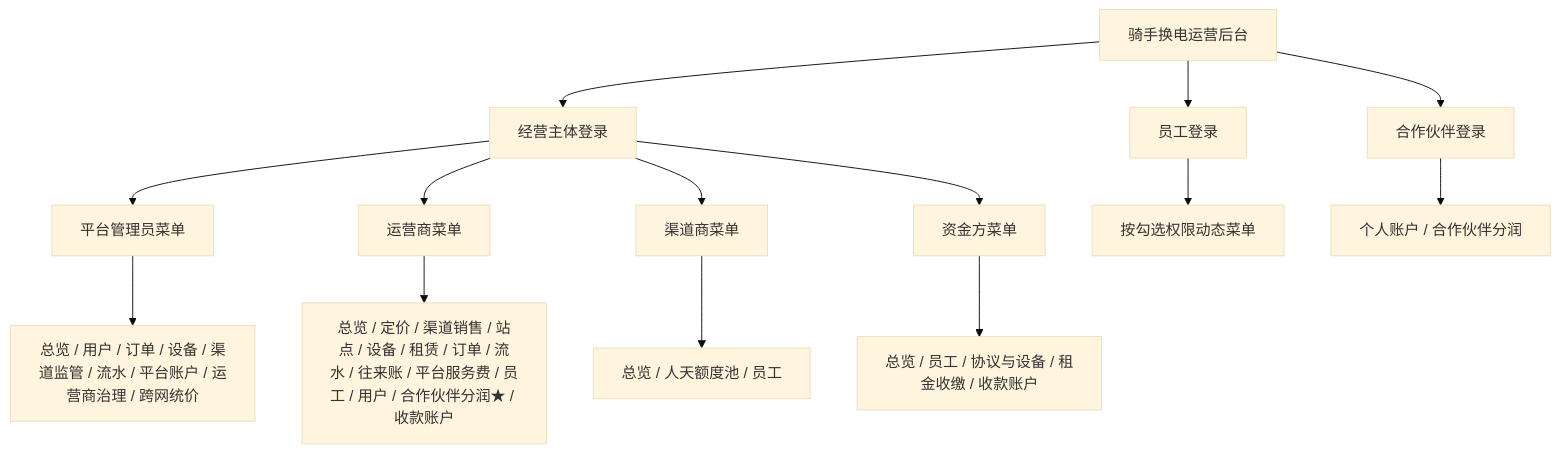
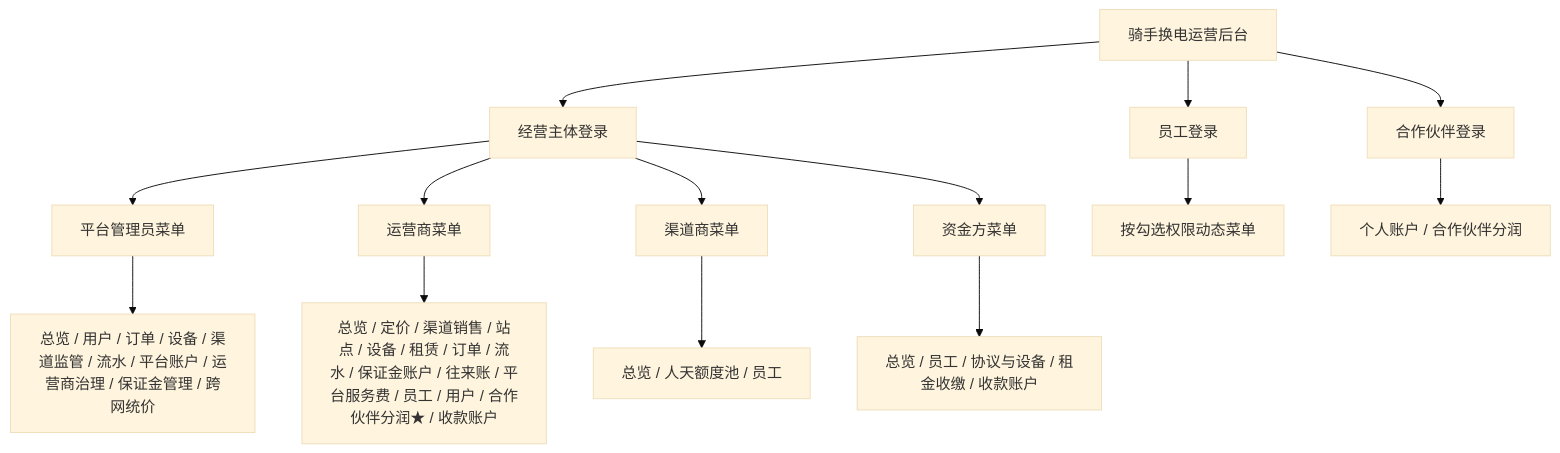
The third of 18 diagrams in prototype/docs/md/功能结构与业务流程.md (lihuoxiu555/rider-swap-operator-prototype), drawn with Mermaid (base theme) before and after one commit. The commit also changed other lines of this file and 37 other files, not shown here.

````diff
--- a/prototype/docs/md/功能结构与业务流程.md
+++ b/prototype/docs/md/功能结构与业务流程.md
@@ -63,21 +63,21 @@
 ```mermaid
 flowchart TB
   Root[骑手换电运营后台]
 
   Root --> EntityLogin[经营主体登录]
   Root --> EmpLogin[员工登录]
   Root --> PtrLogin[合作伙伴登录]
 
   EntityLogin --> PlatM[平台管理员菜单]
   EntityLogin --> OPM[运营商菜单]
   EntityLogin --> CHM[渠道商菜单]
   EntityLogin --> LeaseM[资金方菜单]
 
-  PlatM --> PlatA[总览 / 用户 / 订单 / 设备 / 渠道监管 / 流水 / 平台账户 / 运营商治理 / 跨网统价]
-  OPM --> OPA[总览 / 定价 / 渠道销售 / 站点 / 设备 / 租赁 / 订单 / 流水 / 往来账 / 平台服务费 / 员工 / 用户 / 合作伙伴分润★ / 收款账户]
+  PlatM --> PlatA[总览 / 用户 / 订单 / 设备 / 渠道监管 / 流水 / 平台账户 / 运营商治理 / 保证金管理 / 跨网统价]
+  OPM --> OPA[总览 / 定价 / 渠道销售 / 站点 / 设备 / 租赁 / 订单 / 流水 / 保证金账户 / 往来账 / 平台服务费 / 员工 / 用户 / 合作伙伴分润★ / 收款账户]
   CHM --> CHA[总览 / 人天额度池 / 员工]
   LeaseM --> LeaseA[总览 / 员工 / 协议与设备 / 租金收缴 / 收款账户]
 
   EmpLogin --> PermNav[按勾选权限动态菜单]
   PtrLogin --> PtrNav[个人账户 / 合作伙伴分润]
 ```
````
